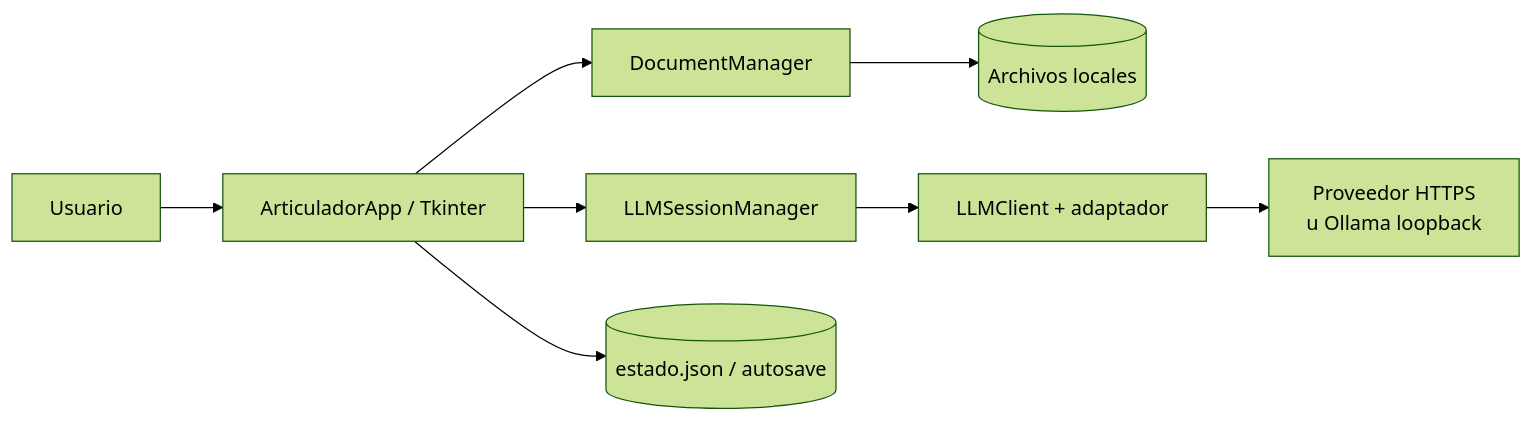
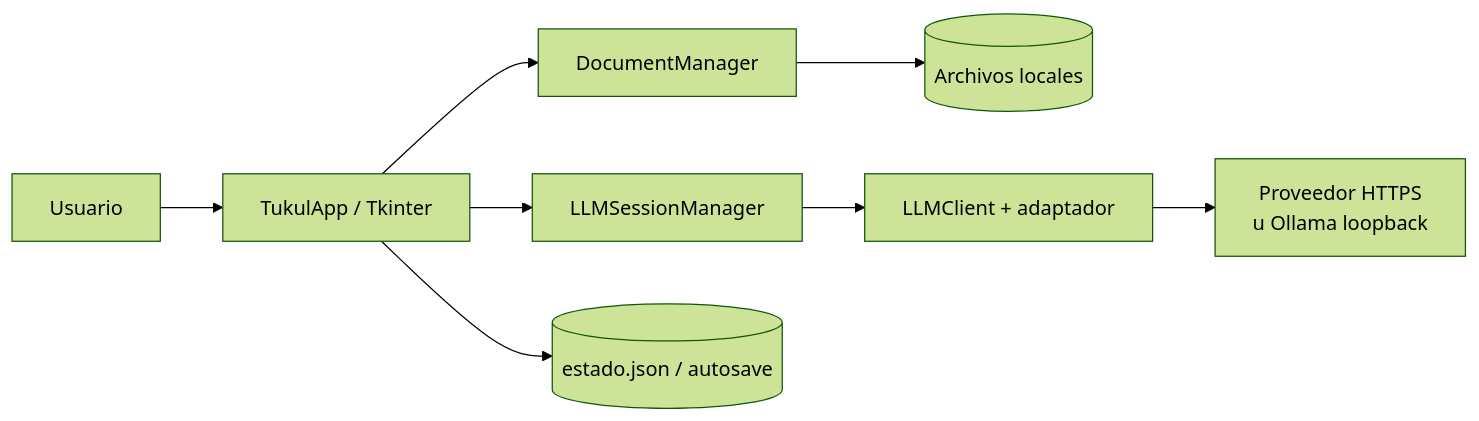
Before and after one commit to IA-Alex/tukul: the first of 2 diagrams in docs/ARCHITECTURE.md, drawn with Mermaid (forest theme). The commit also changed other lines of this file and 124 other files, not shown here.

````diff
--- a/docs/ARCHITECTURE.md
+++ b/docs/ARCHITECTURE.md
@@ -7,10 +7,10 @@
 ```mermaid
 flowchart LR
-  U[Usuario] --> UI[ArticuladorApp / Tkinter]
+  U[Usuario] --> UI[TukulApp / Tkinter]
   UI --> DM[DocumentManager]
   UI --> LS[LLMSessionManager]
   DM --> FS[(Archivos locales)]
   UI --> ST[(estado.json / autosave)]
   LS --> HTTP[LLMClient + adaptador]
   HTTP --> P[Proveedor HTTPS<br/>u Ollama loopback]
 ```
````
